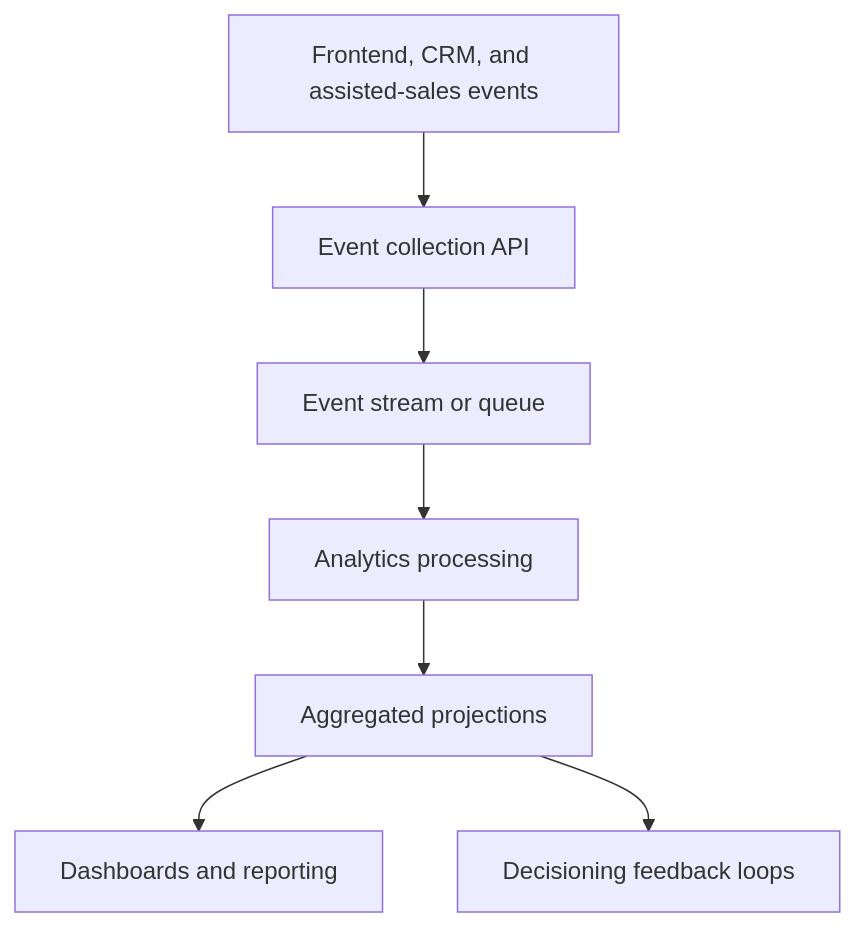
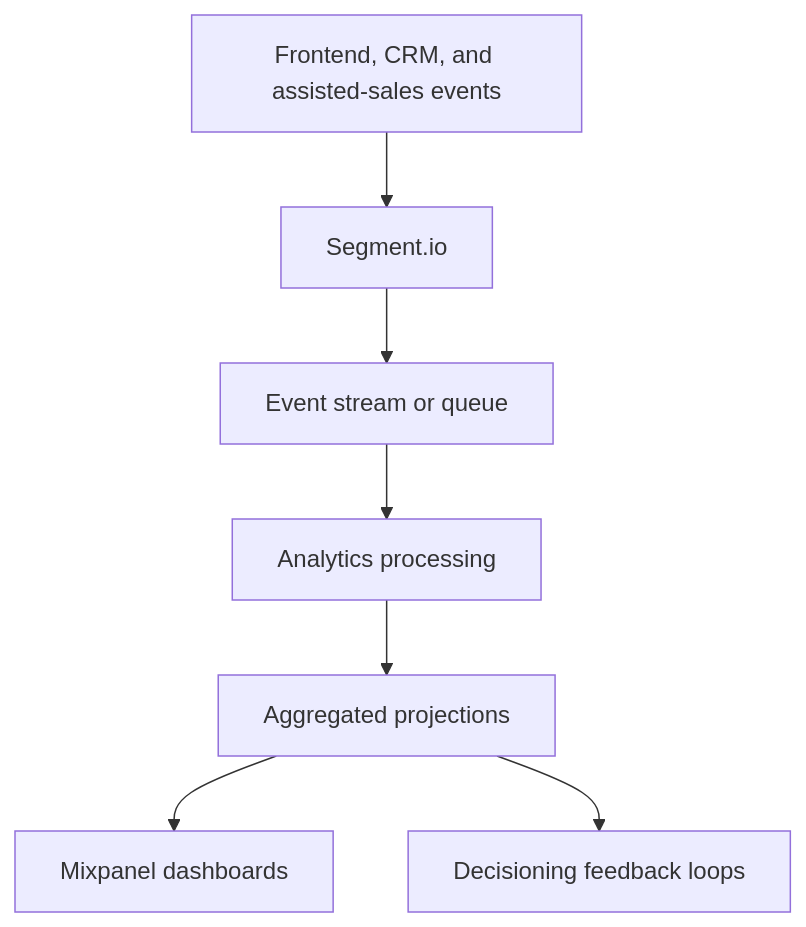
Before and after one commit to developerxnz/dynamic-lead-generation-personalization-architecture: the diagram in docs/operations/10-feedback-and-analytics.md, drawn with Mermaid. The commit also changed other lines of this file and 1 other file, not shown here.

````diff
--- a/docs/operations/10-feedback-and-analytics.md
+++ b/docs/operations/10-feedback-and-analytics.md
@@ -178,9 +239,9 @@
 ```mermaid
 flowchart TD
-    A[Frontend, CRM, and assisted-sales events] --> B[Event collection API]
+    A[Frontend, CRM, and assisted-sales events] --> B[Segment.io]
     B --> C[Event stream or queue]
     C --> D[Analytics processing]
     D --> E[Aggregated projections]
-    E --> F[Dashboards and reporting]
+    E --> F[Mixpanel dashboards]
     E --> G[Decisioning feedback loops]
 ```
````
